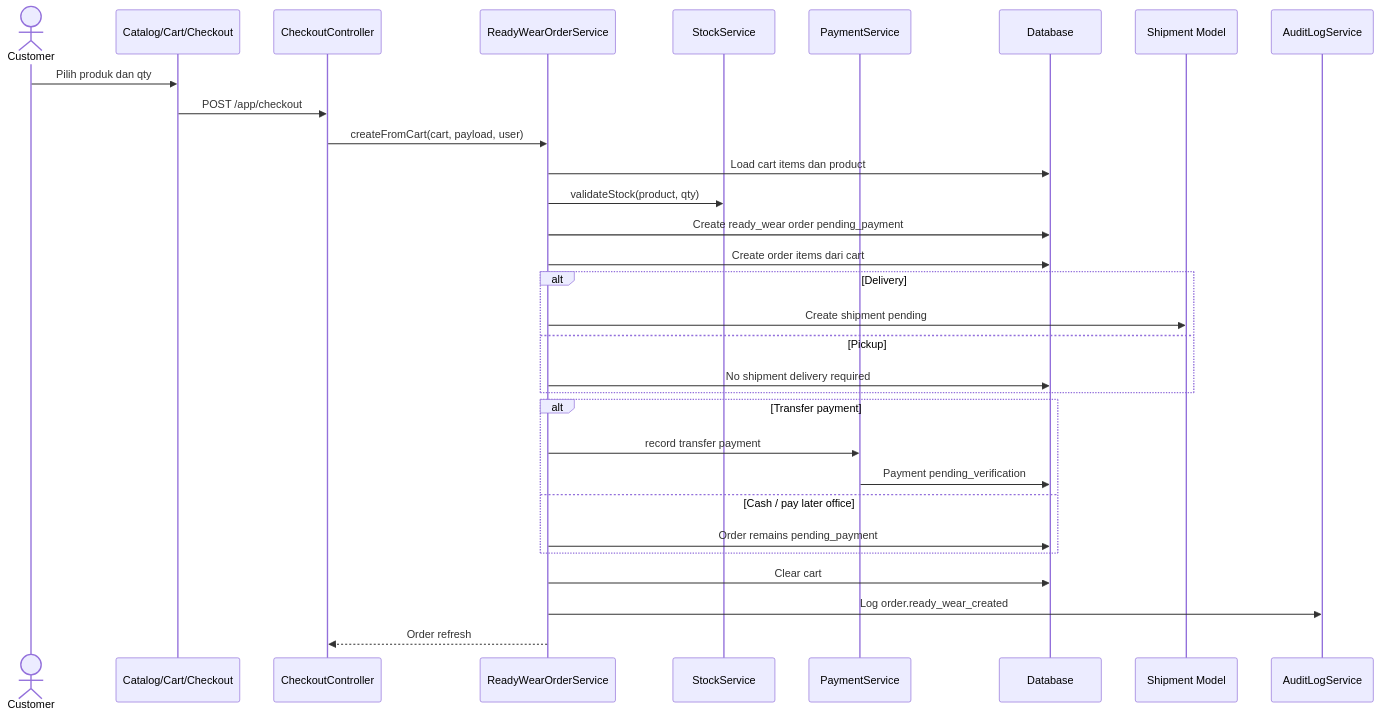
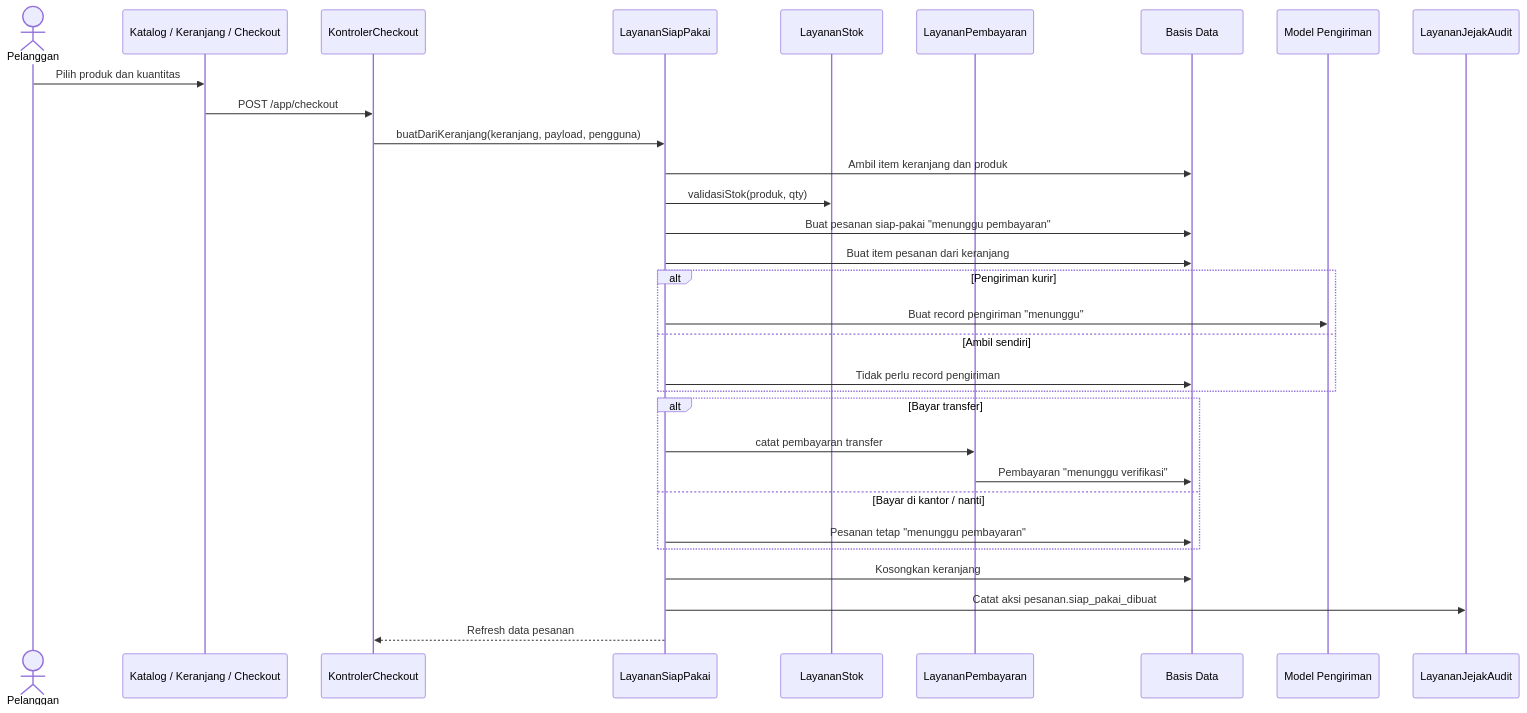
One commit to nabiilnuryassar/djaitin changed the seventh of 13 diagrams in docs/MVP-APP-UML-AND-USE-CASES.md. Above: the diagram before and after it, drawn with Mermaid. The commit also changed other lines of this file, not shown here.

Commit message:
update: UML

````diff
--- a/docs/MVP-APP-UML-AND-USE-CASES.md
+++ b/docs/MVP-APP-UML-AND-USE-CASES.md
@@ -537,34 +660,34 @@
 ```mermaid
 sequenceDiagram
-    actor Customer
-    participant UI as Catalog/Cart/Checkout
-    participant CheckoutController
-    participant RTWService as ReadyWearOrderService
-    participant StockService
-    participant PaymentService
-    participant DB as Database
-    participant Shipment as Shipment Model
-    participant Audit as AuditLogService
+    actor Pelanggan
+    participant UI as Katalog / Keranjang / Checkout
+    participant Kontroler as KontrolerCheckout
+    participant LayananSiapPakai
+    participant LayananStok
+    participant LayananPembayaran
+    participant DB as Basis Data
+    participant Pengiriman as Model Pengiriman
+    participant Audit as LayananJejakAudit
 
-    Customer->>UI: Pilih produk dan qty
-    UI->>CheckoutController: POST /app/checkout
-    CheckoutController->>RTWService: createFromCart(cart, payload, user)
-    RTWService->>DB: Load cart items dan product
-    RTWService->>StockService: validateStock(product, qty)
-    RTWService->>DB: Create ready_wear order pending_payment
-    RTWService->>DB: Create order items dari cart
-    alt Delivery
-        RTWService->>Shipment: Create shipment pending
-    else Pickup
-        RTWService->>DB: No shipment delivery required
+    Pelanggan->>UI: Pilih produk dan kuantitas
+    UI->>Kontroler: POST /app/checkout
+    Kontroler->>LayananSiapPakai: buatDariKeranjang(keranjang, payload, pengguna)
+    LayananSiapPakai->>DB: Ambil item keranjang dan produk
+    LayananSiapPakai->>LayananStok: validasiStok(produk, qty)
+    LayananSiapPakai->>DB: Buat pesanan siap-pakai "menunggu pembayaran"
+    LayananSiapPakai->>DB: Buat item pesanan dari keranjang
+    alt Pengiriman kurir
+        LayananSiapPakai->>Pengiriman: Buat record pengiriman "menunggu"
+    else Ambil sendiri
+        LayananSiapPakai->>DB: Tidak perlu record pengiriman
     end
-    alt Transfer payment
-        RTWService->>PaymentService: record transfer payment
-        PaymentService->>DB: Payment pending_verification
-    else Cash / pay later office
-        RTWService->>DB: Order remains pending_payment
+    alt Bayar transfer
+        LayananSiapPakai->>LayananPembayaran: catat pembayaran transfer
+        LayananPembayaran->>DB: Pembayaran "menunggu verifikasi"
+    else Bayar di kantor / nanti
+        LayananSiapPakai->>DB: Pesanan tetap "menunggu pembayaran"
     end
-    RTWService->>DB: Clear cart
-    RTWService->>Audit: Log order.ready_wear_created
-    RTWService-->>CheckoutController: Order refresh
+    LayananSiapPakai->>DB: Kosongkan keranjang
+    LayananSiapPakai->>Audit: Catat aksi pesanan.siap_pakai_dibuat
+    LayananSiapPakai-->>Kontroler: Refresh data pesanan
 ```
````
